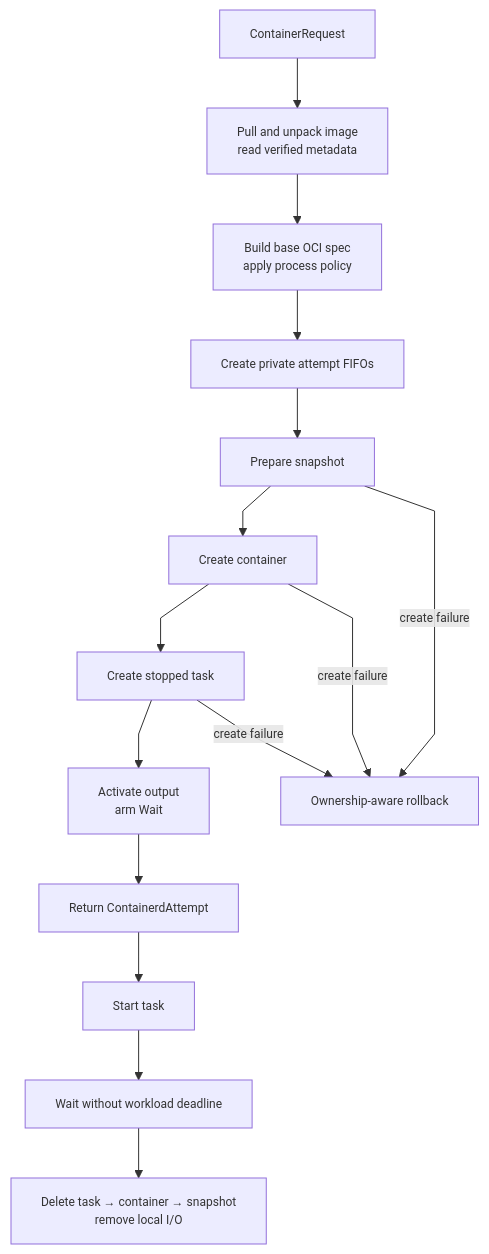
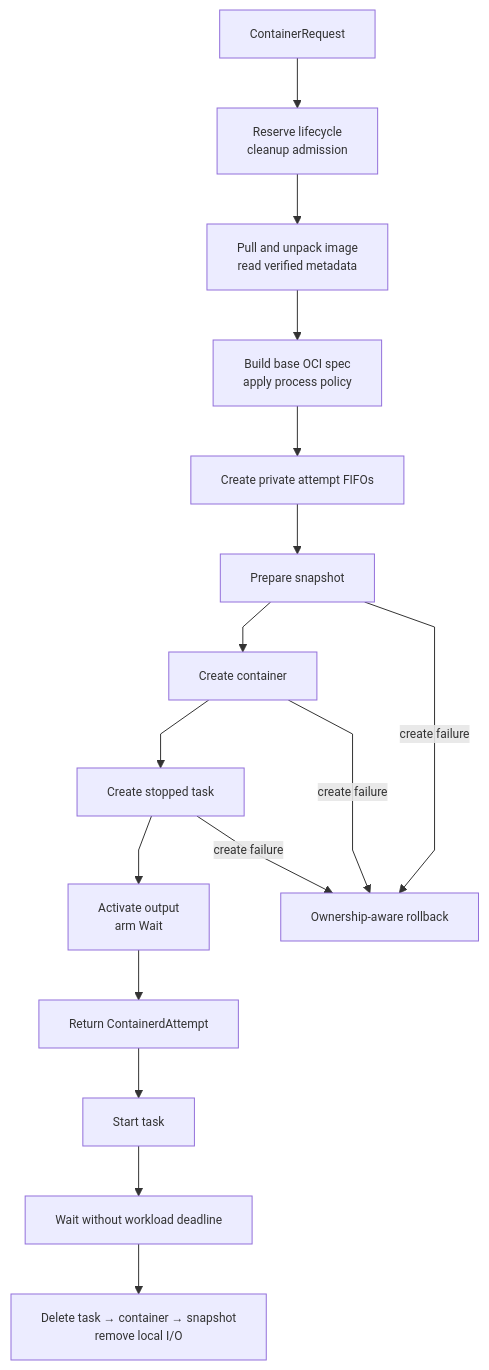
The ninth of 11 diagrams in crates/solti-exec/ARCHITECTURE.md (soltiHQ/sdk), drawn with Mermaid before and after one commit. The commit also changed other lines of this file and 222 other files, not shown here.

````diff
--- a/crates/solti-exec/ARCHITECTURE.md
+++ b/crates/solti-exec/ARCHITECTURE.md
@@ -364,33 +435,35 @@
 ```mermaid
 %%{init: {"flowchart": {"curve": "linear"}, "themeVariables": {"fontSize": "12px"}}}%%
 flowchart TB
     Request["ContainerRequest"]
+    Admission["Reserve lifecycle<br/>cleanup admission"]
     Image["Pull and unpack image<br/>read verified metadata"]
     Spec["Build base OCI spec<br/>apply process policy"]
     Io["Create private attempt FIFOs"]
     Snapshot["Prepare snapshot"]
     Container["Create container"]
     Task["Create stopped task"]
     Arm["Activate output<br/>arm Wait"]
     Attempt["Return ContainerdAttempt"]
     Start["Start task"]
     Wait["Wait without workload deadline"]
     Cleanup["Delete task → container → snapshot<br/>remove local I/O"]
     Rollback["Ownership-aware rollback"]
 
-    Request --> Image
+    Request --> Admission
+    Admission --> Image
     Image --> Spec
     Spec --> Io
     Io --> Snapshot
     Snapshot --> Container
     Container --> Task
     Task --> Arm
     Arm --> Attempt
     Attempt --> Start
     Start --> Wait
     Wait --> Cleanup
 
     Snapshot -->|create failure| Rollback
     Container -->|create failure| Rollback
     Task -->|create failure| Rollback
 ```
````
